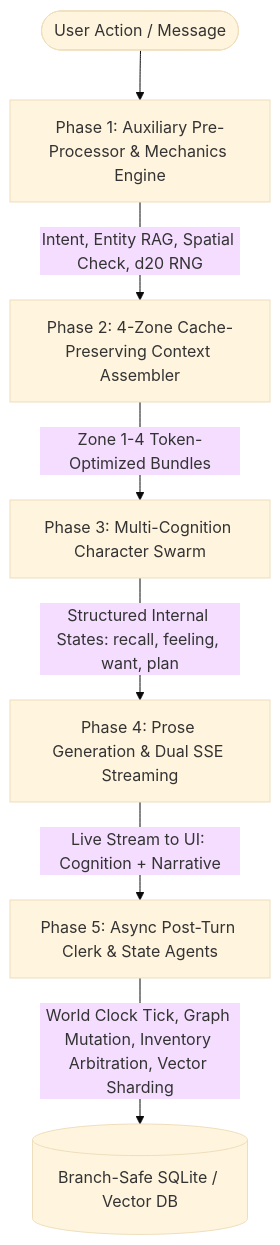
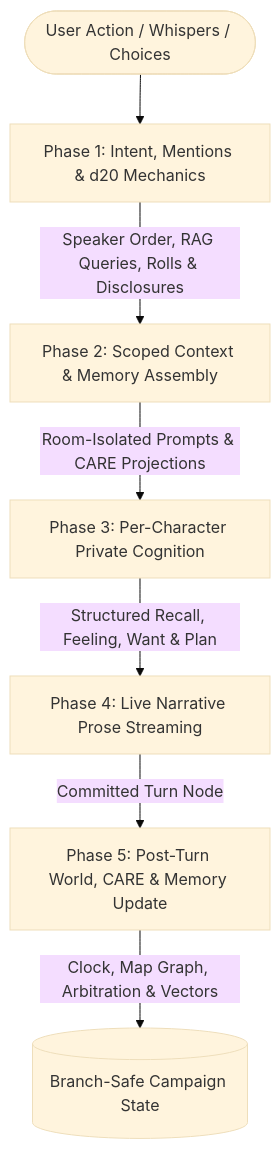
Before and after one commit to diegolima/CyberCantina: the diagram in VISION.md, drawn with Mermaid (base theme). The commit also changed other lines of this file and 1 other file, not shown here.

Commit message:
docs: make README user-focused, align VISION with codebase, and link wiki

````diff
--- a/VISION.md
+++ b/VISION.md
@@ -93,9 +78,9 @@
 ```mermaid
 flowchart TD
-    User([User Action / Message]) --> Phase1[Phase 1: Auxiliary Pre-Processor & Mechanics Engine]
-    Phase1 -->|Intent, Entity RAG, Spatial Check, d20 RNG| Phase2[Phase 2: 4-Zone Cache-Preserving Context Assembler]
-    Phase2 -->|Zone 1-4 Token-Optimized Bundles| Phase3[Phase 3: Multi-Cognition Character Swarm]
-    Phase3 -->|Structured Internal States: recall, feeling, want, plan| Phase4[Phase 4: Prose Generation & Dual SSE Streaming]
-    Phase4 -->|Live Stream to UI: Cognition + Narrative| Phase5[Phase 5: Async Post-Turn Clerk & State Agents]
-    Phase5 -->|World Clock Tick, Graph Mutation, Inventory Arbitration, Vector Sharding| DB[(Branch-Safe SQLite / Vector DB)]
+    User(["User Action / Whispers / Choices"]) --> Phase1["Phase 1: Intent, Mentions & d20 Mechanics"]
+    Phase1 -->|"Speaker Order, RAG Queries, Rolls & Disclosures"| Phase2["Phase 2: Scoped Context & Memory Assembly"]
+    Phase2 -->|"Room-Isolated Prompts & CARE Projections"| Phase3["Phase 3: Per-Character Private Cognition"]
+    Phase3 -->|"Structured Recall, Feeling, Want & Plan"| Phase4["Phase 4: Live Narrative Prose Streaming"]
+    Phase4 -->|"Committed Turn Node"| Phase5["Phase 5: Post-Turn World, CARE & Memory Update"]
+    Phase5 -->|"Clock, Map Graph, Arbitration & Vectors"| DB[("Branch-Safe Campaign State")]
 ```
````
